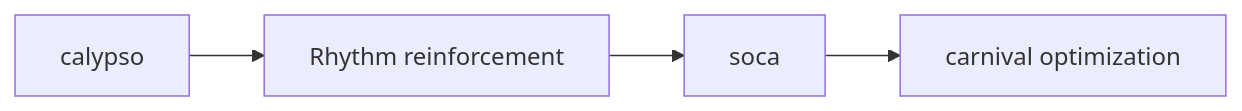
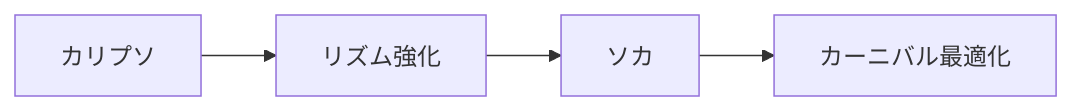
The first of 3 diagrams in en/_posts/2026-01-23-column-caribbean-calypso-soca.md (monumental-movement/monumental-movement.github.io), drawn with Mermaid before and after one commit. The commit also changed other lines of this file and 2196 other files, not shown here.

```diff
--- a/en/_posts/2026-01-23-column-caribbean-calypso-soca.md
+++ b/en/_posts/2026-01-23-column-caribbean-calypso-soca.md
@@ -98,6 +98,6 @@
 <div class="mermaid">
 flowchart LR
-A[calypso] --> B[Rhythm reinforcement]
-B --> C[soca]
-C --> D[carnival optimization]
+A[カリプソ] --> B[リズム強化]
+B --> C[ソカ]
+C --> D[カーニバル最適化]
 </div>
```
